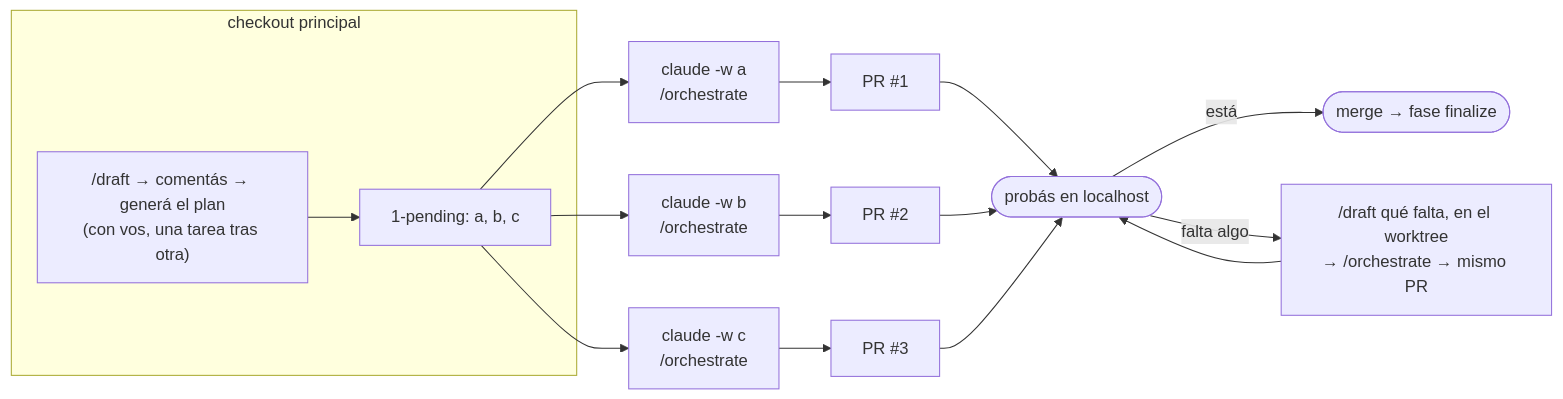
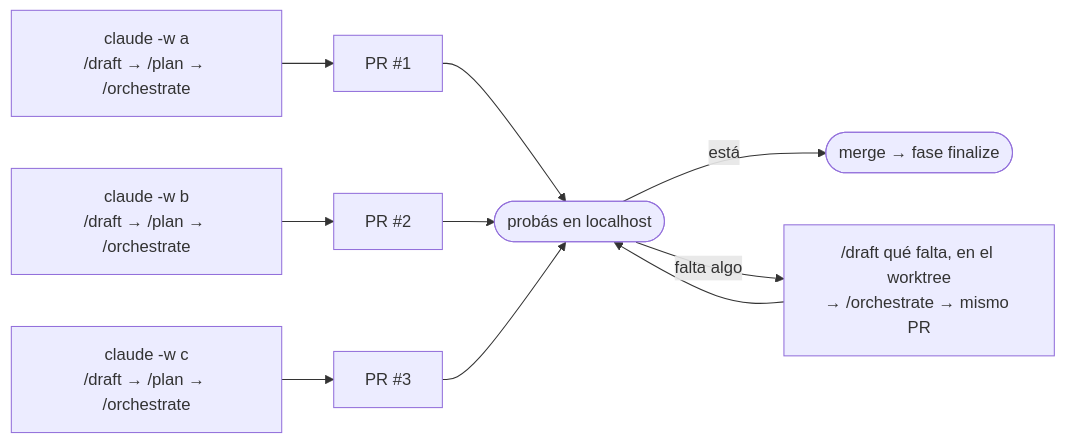
One commit to octavio-parozlabs/mindstack changed the first of 2 diagrams in skills/workflow/references/orchestrate.md. Above: the diagram before and after it, drawn with Mermaid. The commit also changed other lines of this file and 17 other files, not shown here.

````diff
--- a/skills/workflow/references/orchestrate.md
+++ b/skills/workflow/references/orchestrate.md
@@ -7,13 +7,10 @@
 ```mermaid
 flowchart LR
-    subgraph main [checkout principal]
-        A["/draft → comentás → generá el plan\n(con vos, una tarea tras otra)"] --> P["1-pending: a, b, c"]
-    end
-    P --> Wa["claude -w a\n/orchestrate"] --> PRa[PR #1]
-    P --> Wb["claude -w b\n/orchestrate"] --> PRb[PR #2]
-    P --> Wc["claude -w c\n/orchestrate"] --> PRc[PR #3]
+    Wa["claude -w a\n/draft → /plan → /orchestrate"] --> PRa[PR #1]
+    Wb["claude -w b\n/draft → /plan → /orchestrate"] --> PRb[PR #2]
+    Wc["claude -w c\n/draft → /plan → /orchestrate"] --> PRc[PR #3]
     PRa & PRb & PRc --> T([probás en localhost])
     T -->|está| M([merge → fase finalize])
     T -->|falta algo| I["/draft qué falta, en el worktree
 → /orchestrate → mismo PR"] --> T
 ```
````
